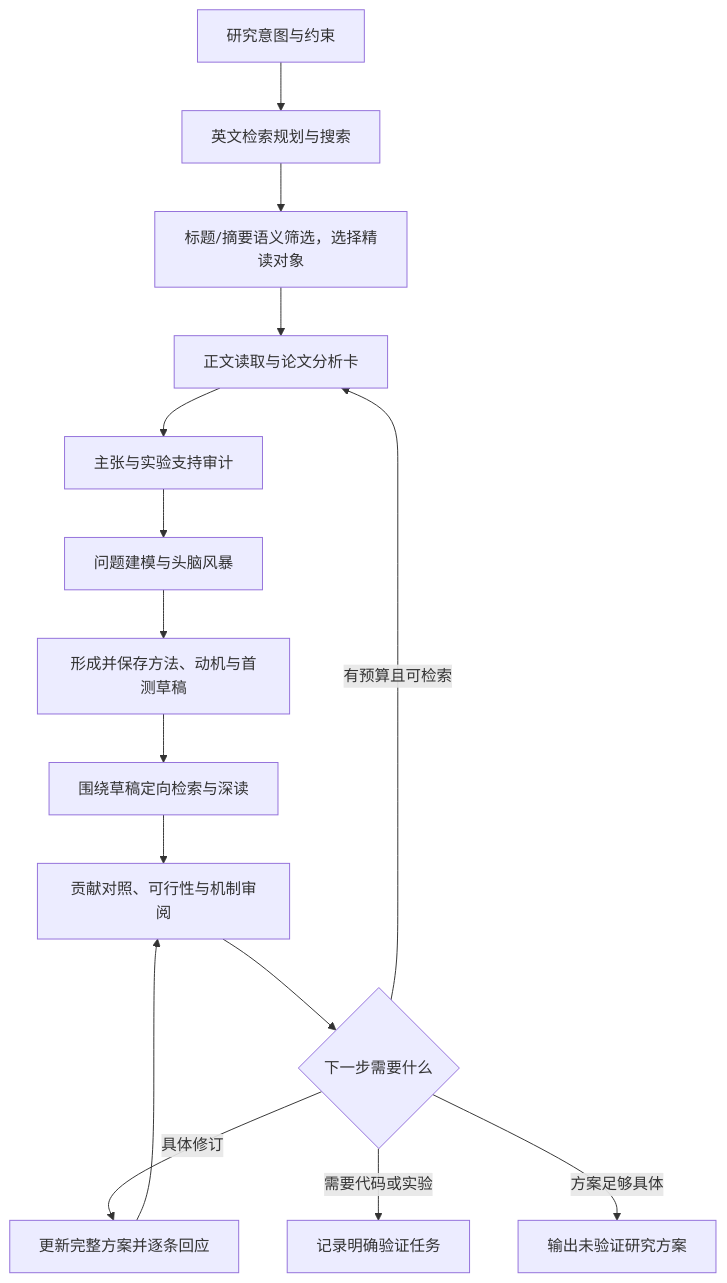
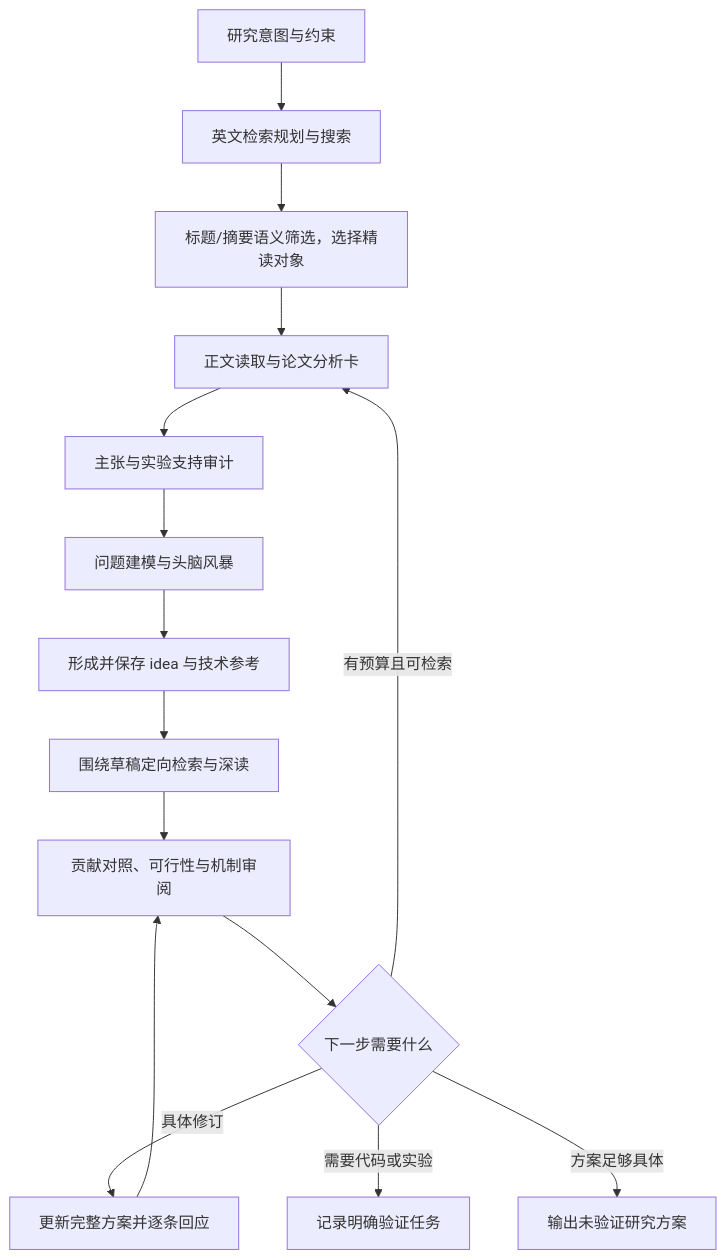
The diagram in docs/architecture.md (ghh1125/Research-idea), drawn with Mermaid before and after one commit. The commit also changed other lines of this file and 19 other files, not shown here.

````diff
--- a/docs/architecture.md
+++ b/docs/architecture.md
@@ -20,17 +20,17 @@
 ```mermaid
 flowchart TD
     A["研究意图与约束"] --> S["英文检索规划与搜索"]
     S --> T["标题/摘要语义筛选，选择精读对象"]
     T --> B["正文读取与论文分析卡"]
     B --> Q["主张与实验支持审计"]
     Q --> C["问题建模与头脑风暴"]
-    C --> D["形成并保存方法、动机与首测草稿"]
+    C --> D["形成并保存 idea 与技术参考"]
     D --> R["围绕草稿定向检索与深读"]
     R --> E["贡献对照、可行性与机制审阅"]
     E --> F{"下一步需要什么"}
     F -->|有预算且可检索| B
     F -->|具体修订| I["更新完整方案并逐条回应"]
     I --> E
     F -->|需要代码或实验| G["记录明确验证任务"]
     F -->|方案足够具体| H["输出未验证研究方案"]
 ```
````
